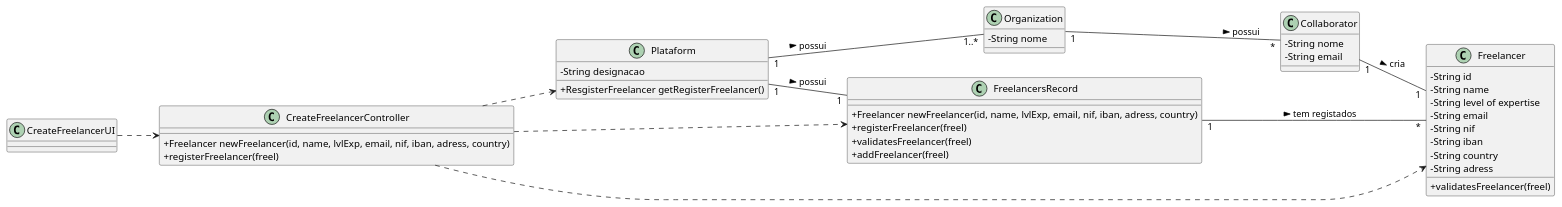
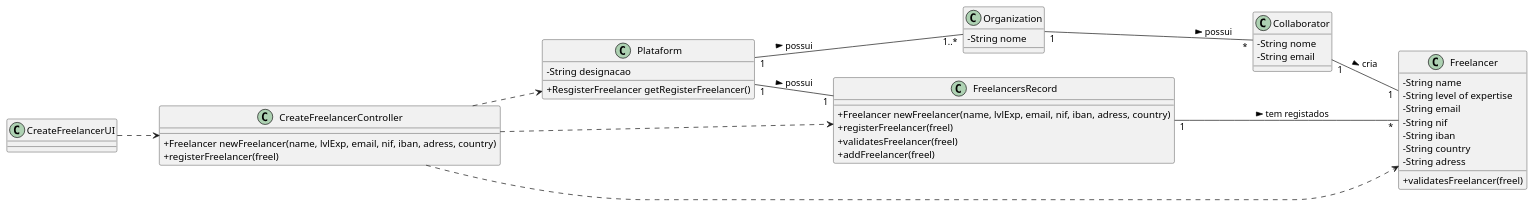
One commit to pedrolemos4/LAPR2 changed the diagram in docs/UC1 - Create Freelancer/UC1_CD.puml. Above: the diagram before and after it, drawn with PlantUML. The commit also changed 9 other files, not shown here.

```diff
--- a/docs/UC1 - Create Freelancer/UC1_CD.puml
+++ b/docs/UC1 - Create Freelancer/UC1_CD.puml
@@ -1,66 +1,65 @@
 @startuml
 skinparam classAttributeIconSize 0
 
 left to right direction
 
 class CreateFreelancerUI {
     
 }
 
 class CreateFreelancerController {
-  +Freelancer newFreelancer(id, name, lvlExp, email, nif, iban, adress, country)
+  +Freelancer newFreelancer(name, lvlExp, email, nif, iban, adress, country)
   +registerFreelancer(freel) 
 }
 
 class Plataform {
   -String designacao
   +ResgisterFreelancer getRegisterFreelancer()
 }
 
 class FreelancersRecord {
-  +Freelancer newFreelancer(id, name, lvlExp, email, nif, iban, adress, country)
+  +Freelancer newFreelancer(name, lvlExp, email, nif, iban, adress, country)
   +registerFreelancer(freel)
   +validatesFreelancer(freel)
   +addFreelancer(freel)
   
 }
 
 class Freelancer {
-  -String id
   -String name
   -String level of expertise
   -String email
   -String nif
   -String iban
   -String country
   -String adress
   +validatesFreelancer(freel)
 }
 
 class Collaborator {
   -String nome
   -String email
 }
 
 class Organization {
   -String nome 
 }
 
 
 
 Organization "1" -- "*" Collaborator : possui >
 
 Collaborator "1" -- "1" Freelancer : cria >
 
 Plataform "1" -- "1..*" Organization : possui >
 Plataform "1" -- "1" FreelancersRecord : possui >
 
 CreateFreelancerUI ..> CreateFreelancerController
 CreateFreelancerController ..> Plataform
 CreateFreelancerController ..> FreelancersRecord
 CreateFreelancerController ..> Freelancer
 
 FreelancersRecord "1" -- "*" Freelancer : tem registados >
 
 
 @enduml
```
